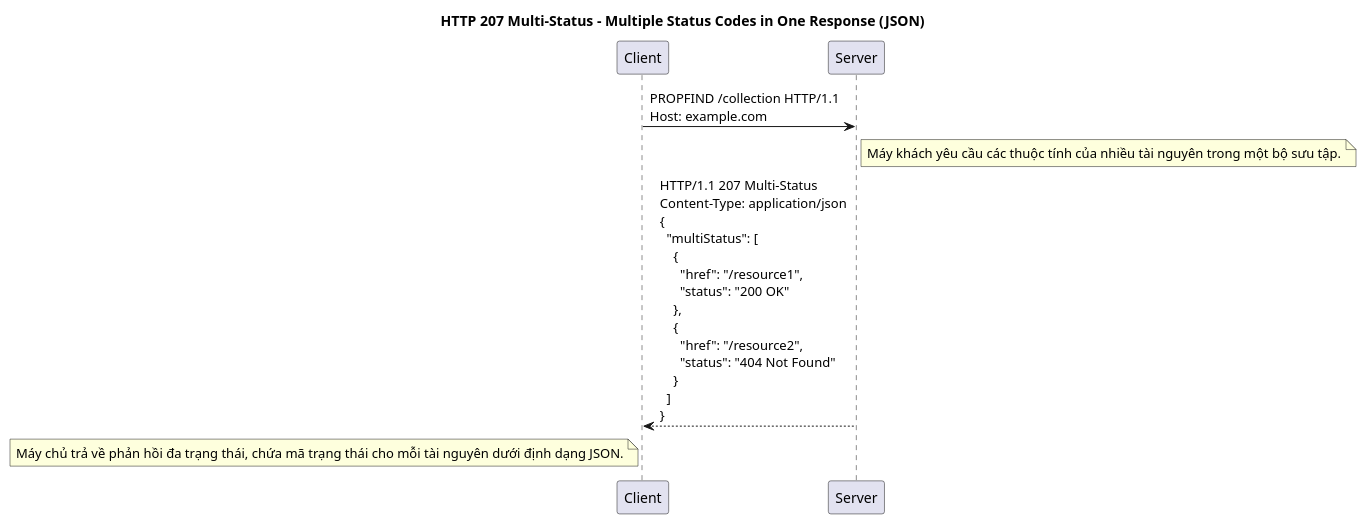
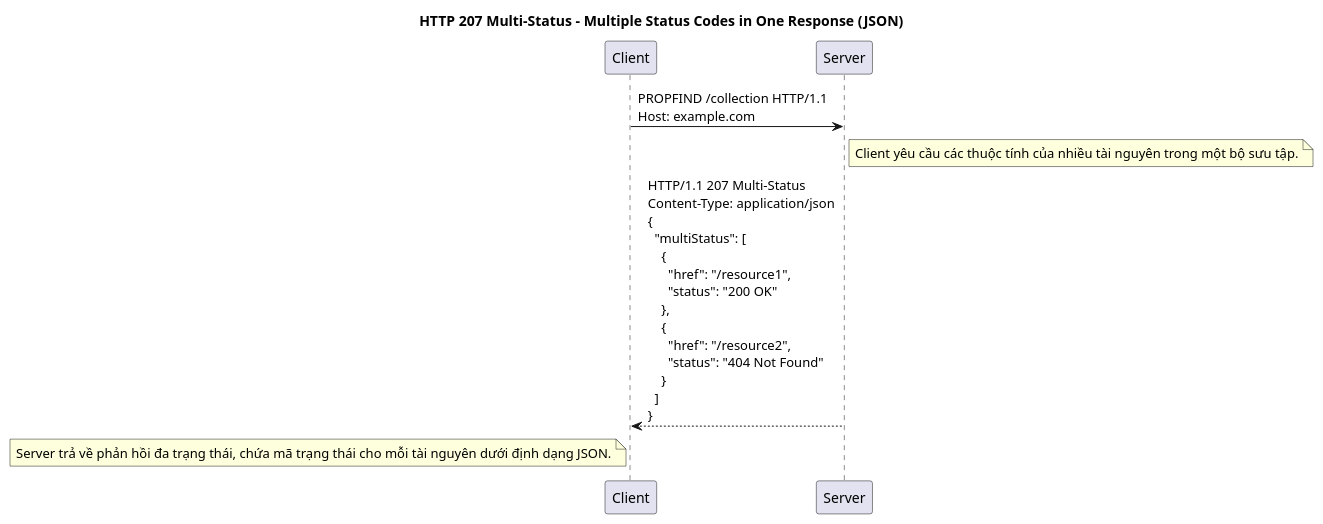
The tenth of 27 diagrams in packages/apps/src/blog/2024-12-05-y-nghia-cua-cac-http-status-code.md (thanhlv-com/thanhlv-blog), drawn with PlantUML before and after one commit. The commit also changed other lines of this file, not shown here.

````diff
--- a/packages/apps/src/blog/2024-12-05-y-nghia-cua-cac-http-status-code.md
+++ b/packages/apps/src/blog/2024-12-05-y-nghia-cua-cac-http-status-code.md
@@ -380,16 +380,16 @@
 ```plantuml
 @startuml
 
 title HTTP 207 Multi-Status - Multiple Status Codes in One Response (JSON)
 
 participant "Client" as C
 participant "Server" as S
 
 C -> S: PROPFIND /collection HTTP/1.1\nHost: example.com
-note right of S: Máy khách yêu cầu các thuộc tính của nhiều tài nguyên trong một bộ sưu tập. 
+note right of S: Client yêu cầu các thuộc tính của nhiều tài nguyên trong một bộ sưu tập. 
 
 S --> C: HTTP/1.1 207 Multi-Status\nContent-Type: application/json\n{\n  "multiStatus": [\n    {\n      "href": "/resource1",\n      "status": "200 OK"\n    },\n    {\n      "href": "/resource2",\n      "status": "404 Not Found"\n    }\n  ]\n}
-note left of C: Máy chủ trả về phản hồi đa trạng thái, chứa mã trạng thái cho mỗi tài nguyên dưới định dạng JSON.
+note left of C: Server trả về phản hồi đa trạng thái, chứa mã trạng thái cho mỗi tài nguyên dưới định dạng JSON.
 @enduml
 
 ```
````
